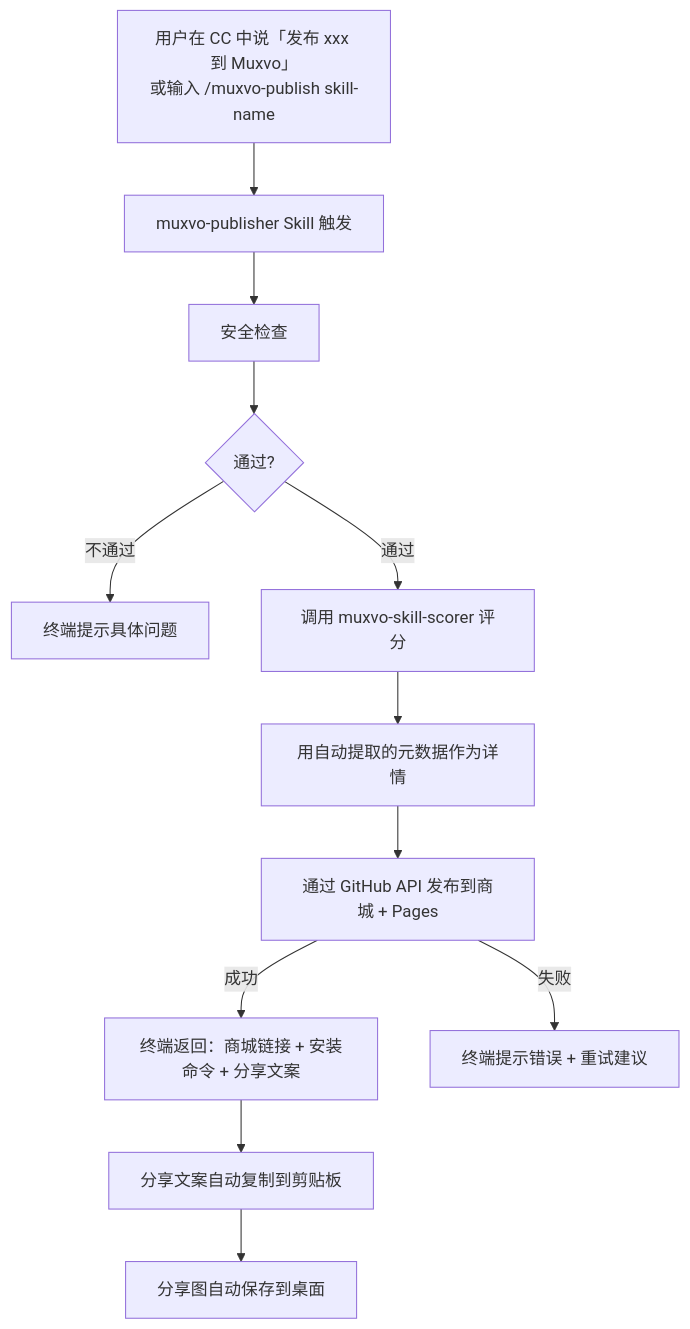
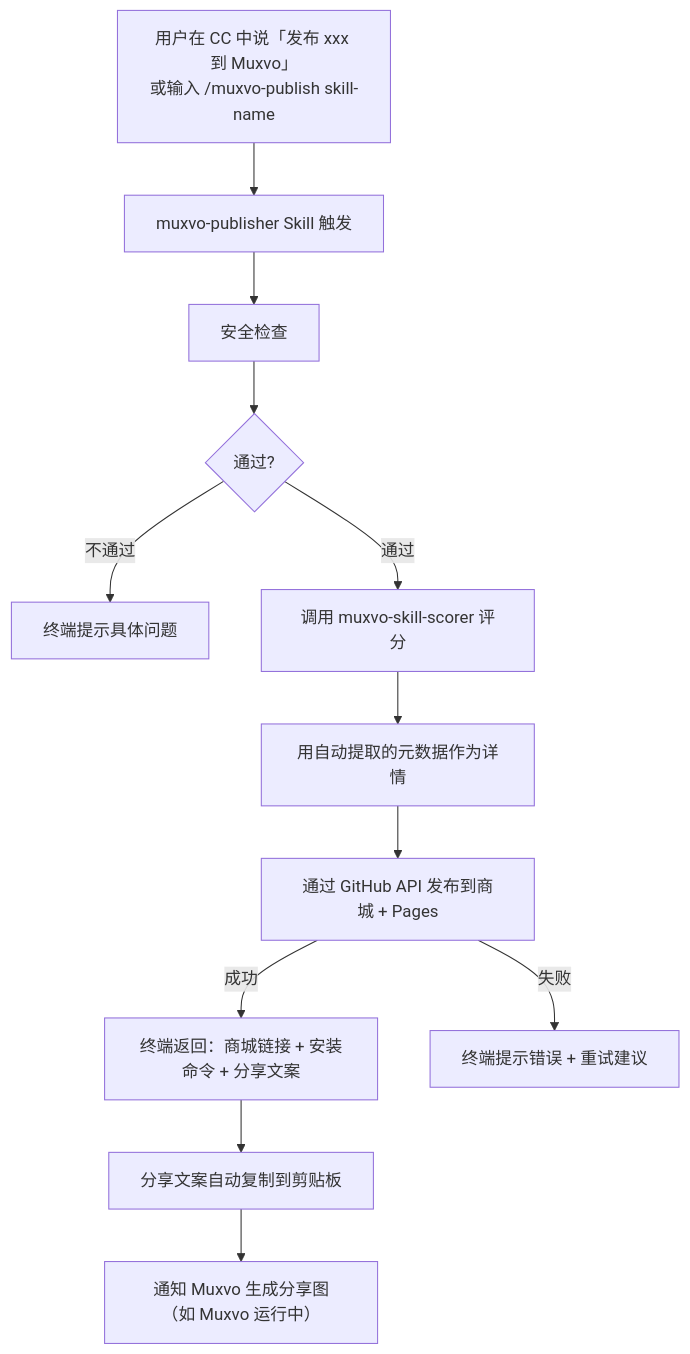
Before and after one commit to muxvo/muxvo: the seventh of 29 diagrams in PRD.md, drawn with Mermaid. The commit also changed other lines of this file, not shown here.

````diff
--- a/PRD.md
+++ b/PRD.md
@@ -540,14 +536,14 @@
 ```mermaid
 flowchart TD
     A["用户在 CC 中说「发布 xxx 到 Muxvo」\n或输入 /muxvo-publish skill-name"] --> B[muxvo-publisher Skill 触发]
     B --> C[安全检查]
     C --> D{通过?}
     D -->|不通过| E[终端提示具体问题]
     D -->|通过| F[调用 muxvo-skill-scorer 评分]
     F --> G[用自动提取的元数据作为详情]
     G --> H[通过 GitHub API 发布到商城 + Pages]
     H -->|成功| I["终端返回：商城链接 + 安装命令 + 分享文案"]
     I --> J[分享文案自动复制到剪贴板]
-    J --> K[分享图自动保存到桌面]
+    J --> K["通知 Muxvo 生成分享图（如 Muxvo 运行中）"]
     H -->|失败| L[终端提示错误 + 重试建议]
 ```
````
